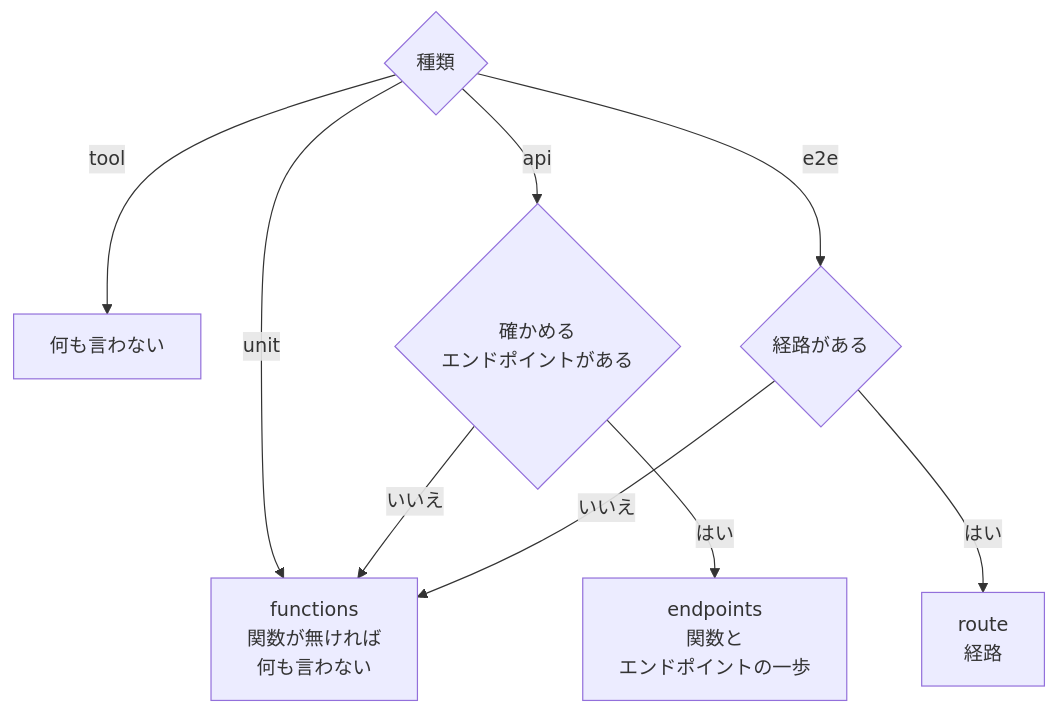
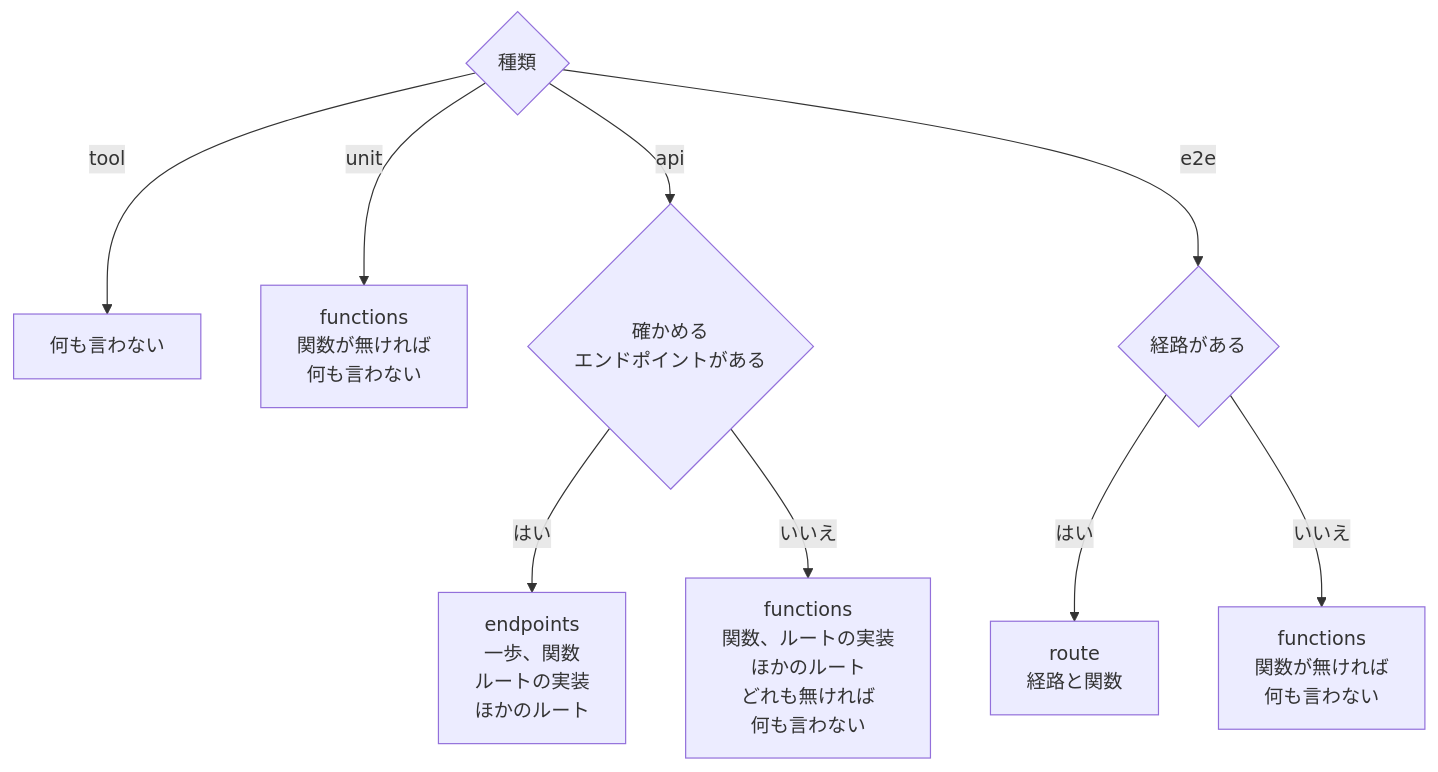
One commit to maronnjapan/maronn-openid-connect changed diagram 32 of 42 in apps/tests/docs/06-viewer.md. Above: the diagram before and after it, drawn with Mermaid. The commit also changed other lines of this file and 11 other files, not shown here.

````diff
--- a/apps/tests/docs/06-viewer.md
+++ b/apps/tests/docs/06-viewer.md
@@ -1603,18 +2417,20 @@
 ```mermaid
 flowchart TB
   K{"種類"}
   N["何も言わない"]
+  U["functions<br/>関数が無ければ<br/>何も言わない"]
   A{"確かめる<br/>エンドポイントがある"}
-  AE["endpoints<br/>関数と<br/>エンドポイントの一歩"]
+  AE["endpoints<br/>一歩、関数<br/>ルートの実装<br/>ほかのルート"]
+  AF["functions<br/>関数、ルートの実装<br/>ほかのルート<br/>どれも無ければ<br/>何も言わない"]
   E{"経路がある"}
-  ER["route<br/>経路"]
-  FN["functions<br/>関数が無ければ<br/>何も言わない"]
+  ER["route<br/>経路と関数"]
+  EF["functions<br/>関数が無ければ<br/>何も言わない"]
   K -->|"tool"| N
-  K -->|"unit"| FN
+  K -->|"unit"| U
   K -->|"api"| A
   A -->|"はい"| AE
-  A -->|"いいえ"| FN
+  A -->|"いいえ"| AF
   K -->|"e2e"| E
   E -->|"はい"| ER
-  E -->|"いいえ"| FN
+  E -->|"いいえ"| EF
 ```
````
